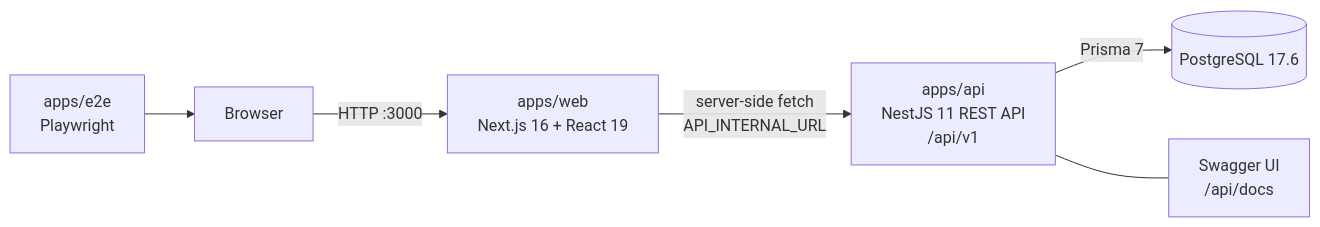
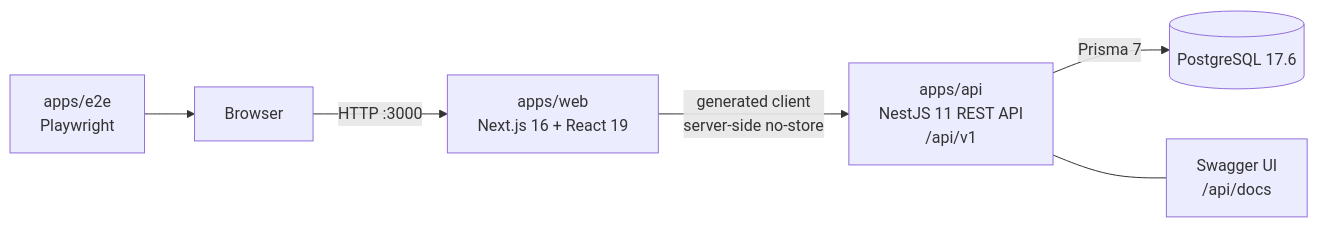
One commit to ferbert-dev/hop-and-barley-store changed the first of 2 diagrams in README.md. Above: the diagram before and after it, drawn with Mermaid. The commit also changed other lines of this file and 148 other files, not shown here.

````diff
--- a/README.md
+++ b/README.md
@@ -33,8 +34,8 @@
 ```mermaid
 flowchart LR
     Browser["Browser"] -->|"HTTP :3000"| Web["apps/web<br/>Next.js 16 + React 19"]
-    Web -->|"server-side fetch<br/>API_INTERNAL_URL"| API["apps/api<br/>NestJS 11 REST API<br/>/api/v1"]
+    Web -->|"generated client<br/>server-side no-store"| API["apps/api<br/>NestJS 11 REST API<br/>/api/v1"]
     API -->|"Prisma 7"| DB[("PostgreSQL 17.6")]
     API --- Docs["Swagger UI<br/>/api/docs"]
     E2E["apps/e2e<br/>Playwright"] --> Browser
 ```
````
